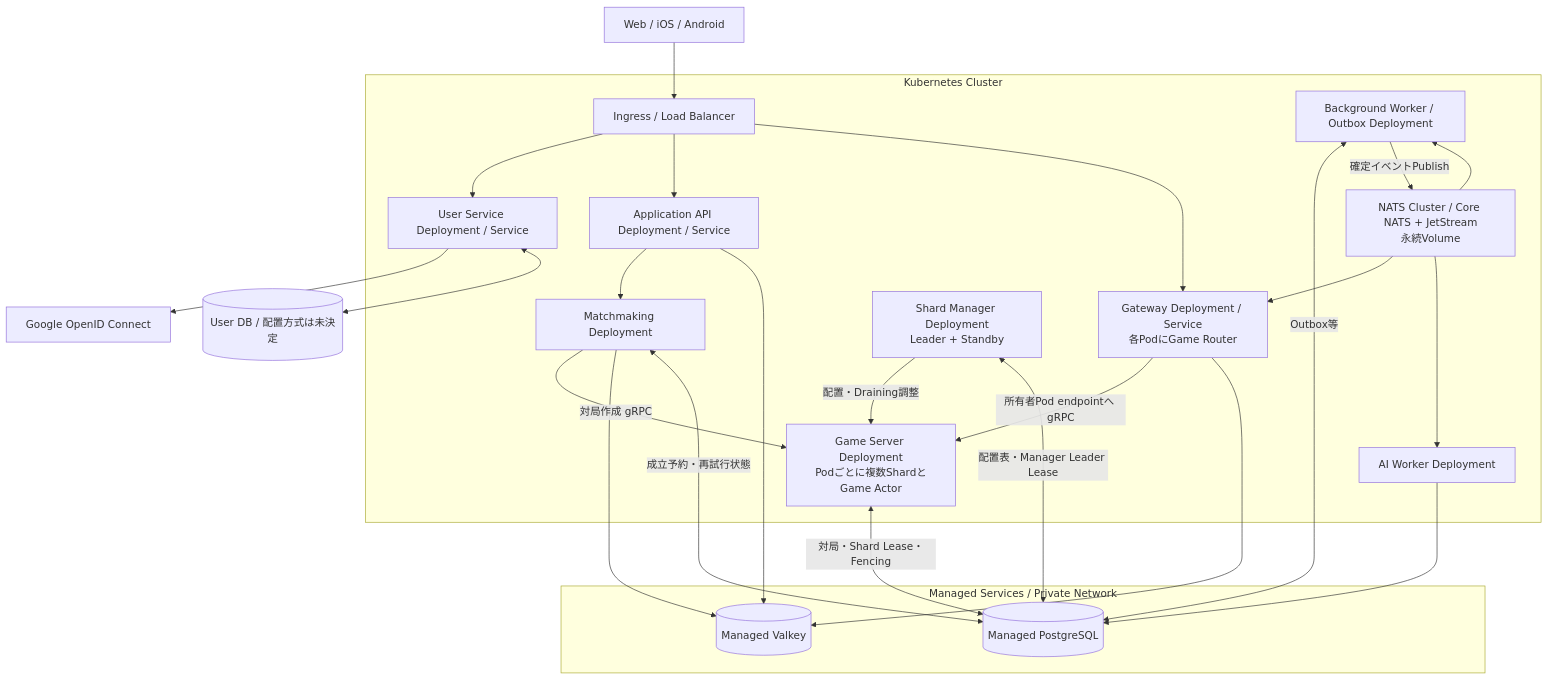
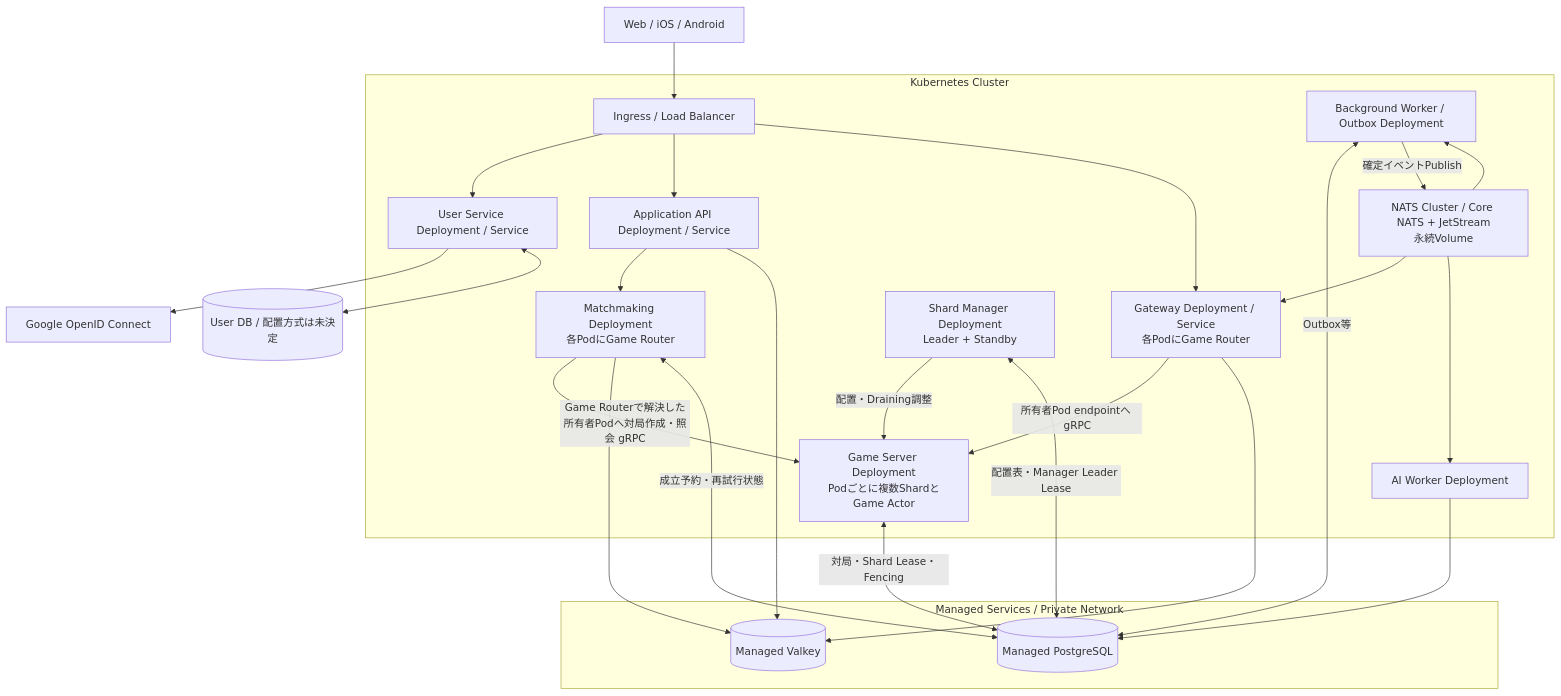
Before and after one commit to take44444/shogi-backend: the sixth of 6 diagrams in docs/design/architecture.md, drawn with Mermaid. The commit also changed other lines of this file, not shown here.

Commit message:
Fix game creation routing of matchmaking

````diff
--- a/docs/design/architecture.md
+++ b/docs/design/architecture.md
@@ -584,37 +588,37 @@
 ```mermaid
 flowchart TB
   CLIENT[Web / iOS / Android] --> INGRESS[Ingress / Load Balancer]
   subgraph K8S[Kubernetes Cluster]
     INGRESS --> USER[User Service Deployment / Service]
     INGRESS --> API[Application API Deployment / Service]
     INGRESS --> GW[Gateway Deployment / Service<br/>各PodにGame Router]
-    MATCH[Matchmaking Deployment]
+    MATCH[Matchmaking Deployment<br/>各PodにGame Router]
     GAME[Game Server Deployment<br/>Podごとに複数ShardとGame Actor]
     SM[Shard Manager Deployment<br/>Leader + Standby]
     AI[AI Worker Deployment]
     BG[Background Worker / Outbox Deployment]
     NATS[NATS Cluster / Core NATS + JetStream<br/>永続Volume]
     GW -->|所有者Pod endpointへ gRPC| GAME
     API --> MATCH
-    MATCH -->|対局作成 gRPC| GAME
+    MATCH -->|Game Routerで解決した所有者Podへ対局作成・照会 gRPC| GAME
     SM -->|配置・Draining調整| GAME
     NATS --> GW
     NATS --> AI
     NATS --> BG
   end
   subgraph MANAGED[Managed Services / Private Network]
     VALKEY[(Managed Valkey)]
     PG[(Managed PostgreSQL)]
   end
   GW --> VALKEY
   API --> VALKEY
   MATCH --> VALKEY
   MATCH <-->|成立予約・再試行状態| PG
   SM <-->|配置表・Manager Leader Lease| PG
   GAME <-->|対局・Shard Lease・Fencing| PG
   BG <-->|Outbox等| PG
   BG -->|確定イベントPublish| NATS
   AI --> PG
   USER --> GOOGLE[Google OpenID Connect]
   USER <--> USERDB[(User DB / 配置方式は未決定)]
 ```
````
